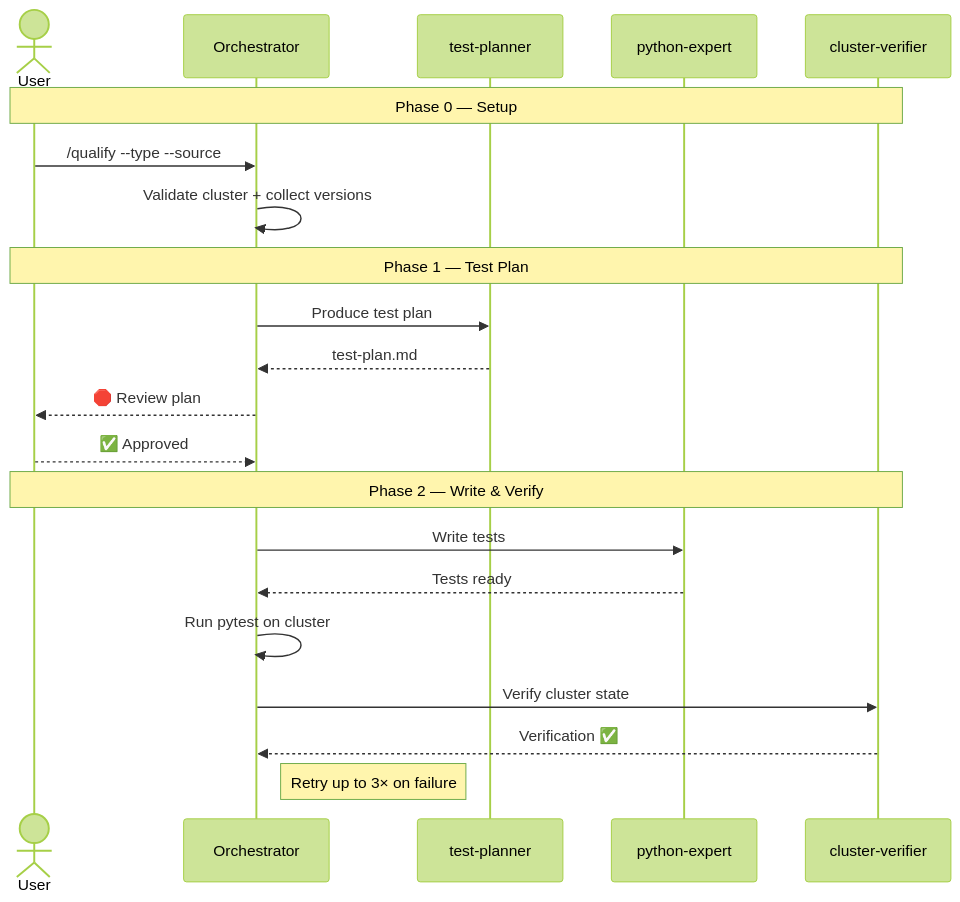
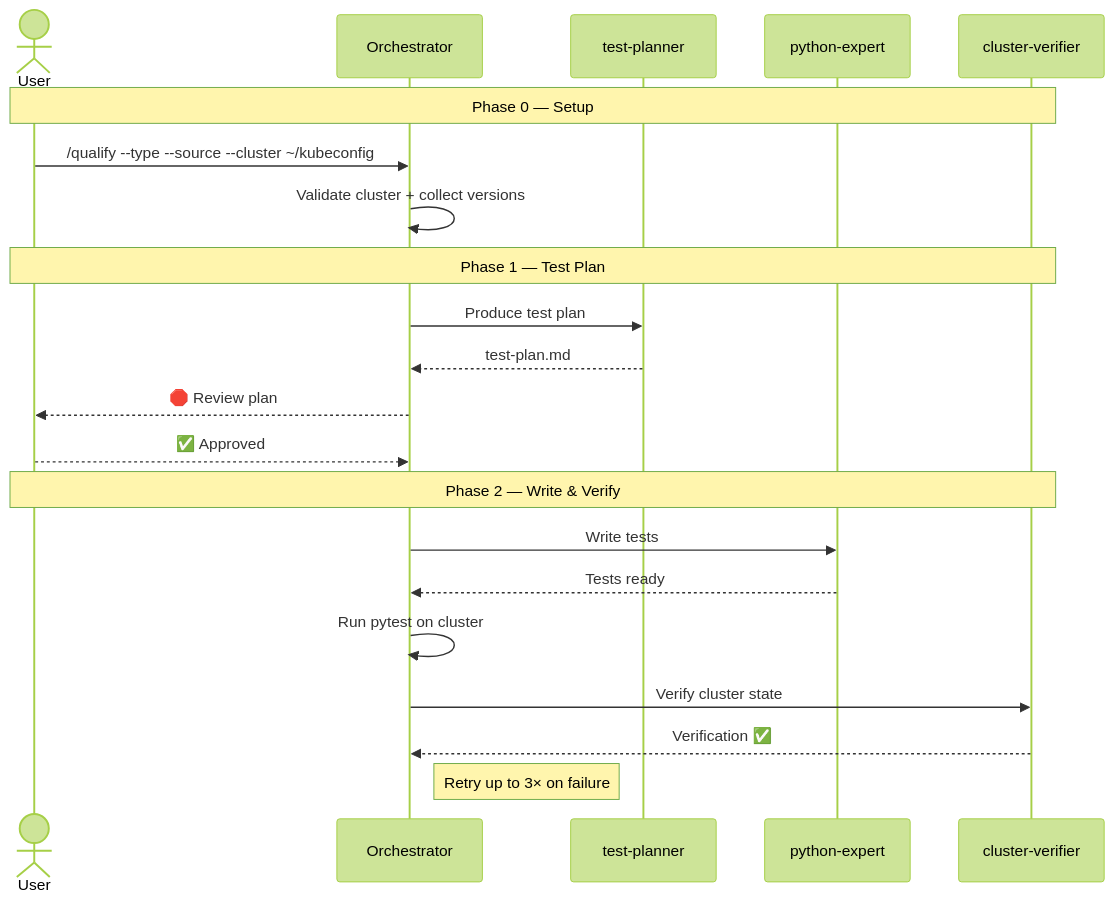
The eighth of 9 diagrams in llm/qualify/workflow-diagrams.md (RedHatQE/mtv-api-tests), drawn with Mermaid (forest theme) before and after one commit. The commit also changed 4 other files, not shown here.

````diff
--- a/llm/qualify/workflow-diagrams.md
+++ b/llm/qualify/workflow-diagrams.md
@@ -301,26 +301,26 @@
 ```mermaid
 sequenceDiagram
     actor User
     participant Orch as Orchestrator
     participant TP as test-planner
     participant PE as python-expert
     participant CV as cluster-verifier
 
     Note over User,CV: Phase 0 — Setup
-    User ->> Orch: /qualify --type --source
+    User ->> Orch: /qualify --type --source --cluster ~/kubeconfig
     Orch ->> Orch: Validate cluster + collect versions
 
     Note over User,CV: Phase 1 — Test Plan
     Orch ->> TP: Produce test plan
     TP -->> Orch: test-plan.md
     Orch -->> User: 🛑 Review plan
     User -->> Orch: ✅ Approved
 
     Note over User,CV: Phase 2 — Write & Verify
     Orch ->> PE: Write tests
     PE -->> Orch: Tests ready
     Orch ->> Orch: Run pytest on cluster
     Orch ->> CV: Verify cluster state
     CV -->> Orch: Verification ✅
     Note right of Orch: Retry up to 3× on failure
 ```
````
